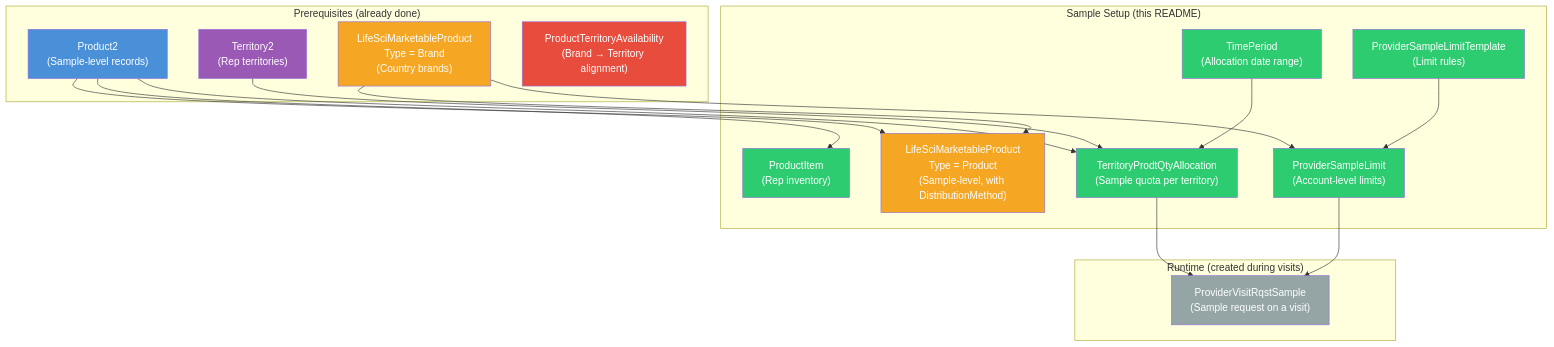
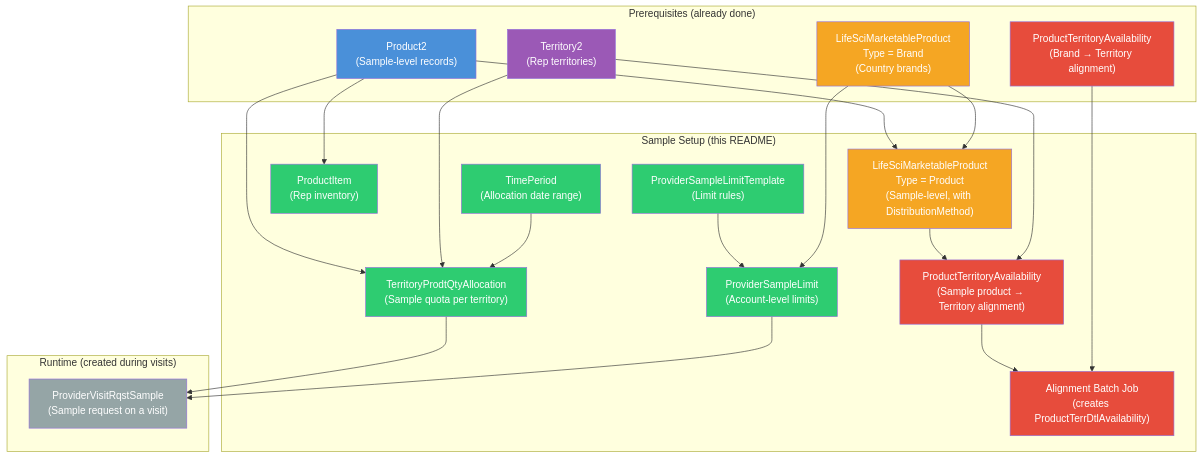
The first of 2 diagrams in README-08-Sample-Management-Setup.md (afls-ideas/Multi-Country-Brand-Setup), drawn with Mermaid before and after one commit. The commit also changed other lines of this file and 2 other files, not shown here.

First line of the commit message:
Fix READMEs: sample territory alignment is the real fix, not SortOrder

````diff
--- a/README-08-Sample-Management-Setup.md
+++ b/README-08-Sample-Management-Setup.md
@@ -7,45 +7,53 @@
 ```mermaid
 flowchart TD
     subgraph "Prerequisites (already done)"
         P2["Product2<br/>(Sample-level records)"]
         T2["Territory2<br/>(Rep territories)"]
         MKT_BRAND["LifeSciMarketableProduct<br/>Type = Brand<br/>(Country brands)"]
-        PTA["ProductTerritoryAvailability<br/>(Brand → Territory alignment)"]
+        PTA_BRAND["ProductTerritoryAvailability<br/>(Brand → Territory alignment)"]
     end
 
     subgraph "Sample Setup (this README)"
         MKT_PROD["LifeSciMarketableProduct<br/>Type = Product<br/>(Sample-level, with DistributionMethod)"]
+        PTA_SAMPLE["ProductTerritoryAvailability<br/>(Sample product → Territory alignment)"]
+        BATCH["Alignment Batch Job<br/>(creates ProductTerrDtlAvailability)"]
         PI["ProductItem<br/>(Rep inventory)"]
         TP["TimePeriod<br/>(Allocation date range)"]
         TPQA["TerritoryProdtQtyAllocation<br/>(Sample quota per territory)"]
         PSLT["ProviderSampleLimitTemplate<br/>(Limit rules)"]
         PSL["ProviderSampleLimit<br/>(Account-level limits)"]
     end
 
     subgraph "Runtime (created during visits)"
         PVRS["ProviderVisitRqstSample<br/>(Sample request on a visit)"]
     end
 
     P2 --> MKT_PROD
     MKT_BRAND --> MKT_PROD
+    MKT_PROD --> PTA_SAMPLE
+    T2 --> PTA_SAMPLE
+    PTA_SAMPLE --> BATCH
+    PTA_BRAND --> BATCH
     P2 --> PI
     P2 --> TPQA
     T2 --> TPQA
     TP --> TPQA
     TPQA --> PVRS
     PSLT --> PSL
     PSL --> PVRS
     MKT_BRAND --> PSL
 
     style P2 fill:#4a90d9,color:#fff
     style T2 fill:#9b59b6,color:#fff
     style MKT_BRAND fill:#f5a623,color:#fff
     style MKT_PROD fill:#f5a623,color:#fff
-    style PTA fill:#e74c3c,color:#fff
+    style PTA_BRAND fill:#e74c3c,color:#fff
+    style PTA_SAMPLE fill:#e74c3c,color:#fff
+    style BATCH fill:#e74c3c,color:#fff
     style PI fill:#2ecc71,color:#fff
     style TP fill:#2ecc71,color:#fff
     style TPQA fill:#2ecc71,color:#fff
     style PSLT fill:#2ecc71,color:#fff
     style PSL fill:#2ecc71,color:#fff
     style PVRS fill:#95a5a6,color:#fff
 ```
````
